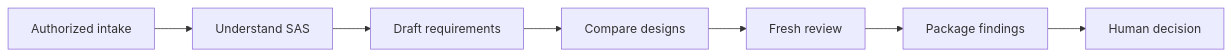
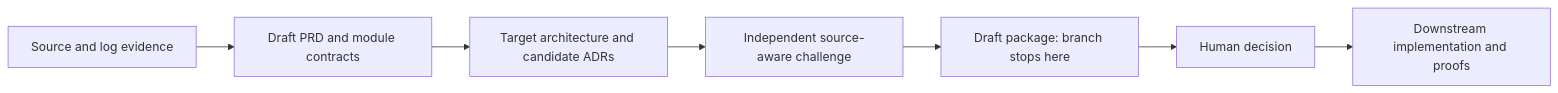
Before and after one commit to keshavnath1/sas-reverse-engineering: the first of 2 diagrams in DESIGN.md, drawn with Mermaid. The commit also changed other lines of this file and 1 other file, not shown here.

````diff
--- a/DESIGN.md
+++ b/DESIGN.md
@@ -11,9 +9,6 @@
 ```mermaid
 flowchart LR
-    I[Authorized intake] --> U[Understand SAS]
-    U --> S[Draft requirements]
-    S --> D[Compare designs]
-    D --> R[Fresh review]
-    R --> P[Package findings]
-    P --> H[Human decision]
+    E[Source and log evidence] --> S[Draft PRD and module contracts] --> D[Target architecture and candidate ADRs]
+    D --> R[Independent source-aware challenge] --> P[Draft package: branch stops here]
+    P --> H[Human decision] --> I[Downstream implementation and proofs]
 ```
````
